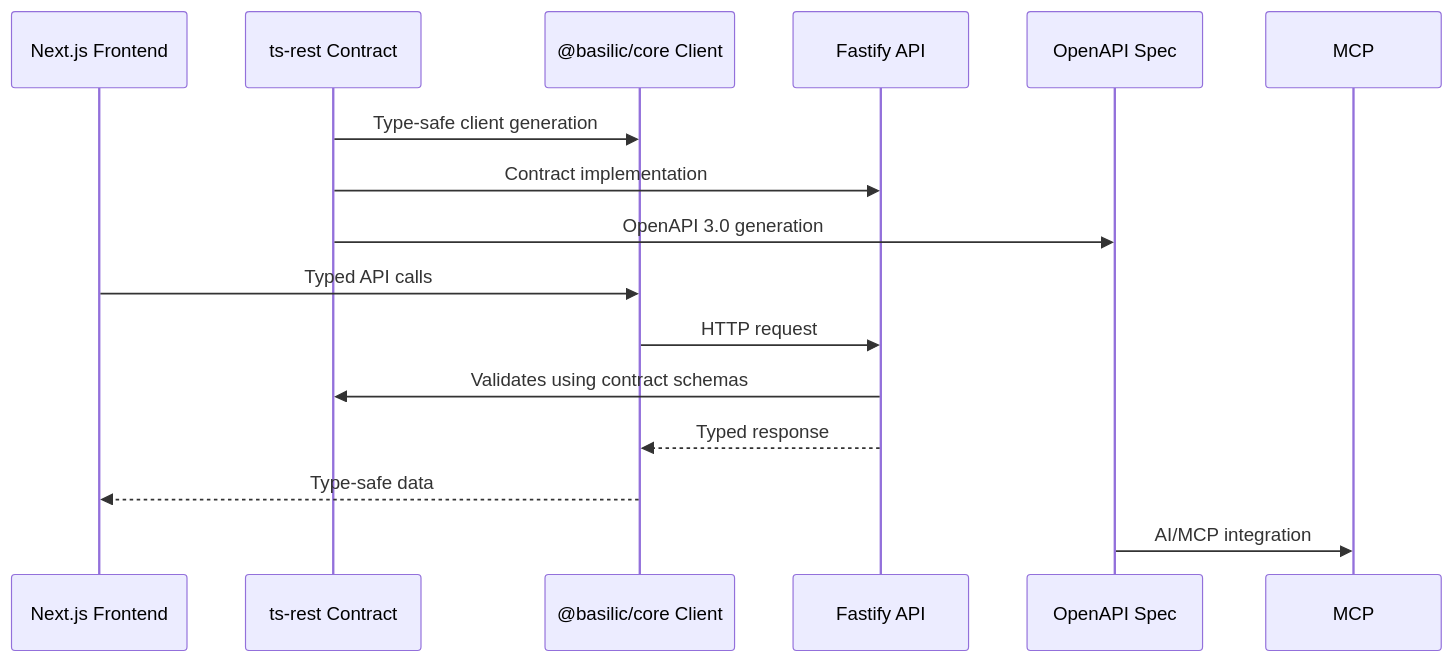
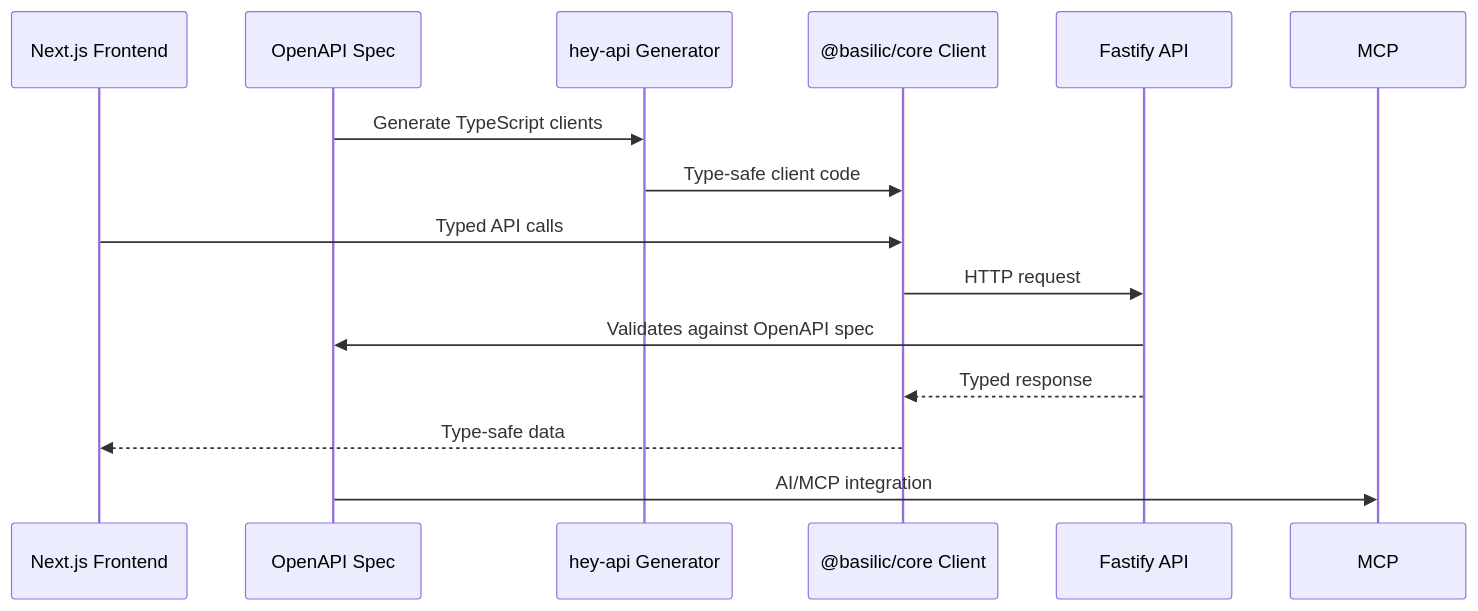
One commit to blockmatic/basilic-evm changed the diagram in apps/docs/content/docs/architecture/api-contracts.mdx. Above: the diagram before and after it, drawn with Mermaid. The commit also changed other lines of this file and 34 other files, not shown here.

````diff
--- a/apps/docs/content/docs/architecture/api-contracts.mdx
+++ b/apps/docs/content/docs/architecture/api-contracts.mdx
@@ -30,18 +30,17 @@
 ```mermaid
 sequenceDiagram
   participant Frontend as Next.js Frontend
-  participant Contract as ts-rest Contract
+  participant OpenAPI as OpenAPI Spec
+  participant Generator as hey-api Generator
   participant Client as @basilic/core Client
   participant API as Fastify API
-  participant OpenAPI as OpenAPI Spec
 
-  Contract->>Client: Type-safe client generation
-  Contract->>API: Contract implementation
-  Contract->>OpenAPI: OpenAPI 3.0 generation
+  OpenAPI->>Generator: Generate TypeScript clients
+  Generator->>Client: Type-safe client code
   Frontend->>Client: Typed API calls
   Client->>API: HTTP request
-  API->>Contract: Validates using contract schemas
+  API->>OpenAPI: Validates against OpenAPI spec
   API-->>Client: Typed response
   Client-->>Frontend: Type-safe data
   OpenAPI->>MCP: AI/MCP integration
 ```
````
